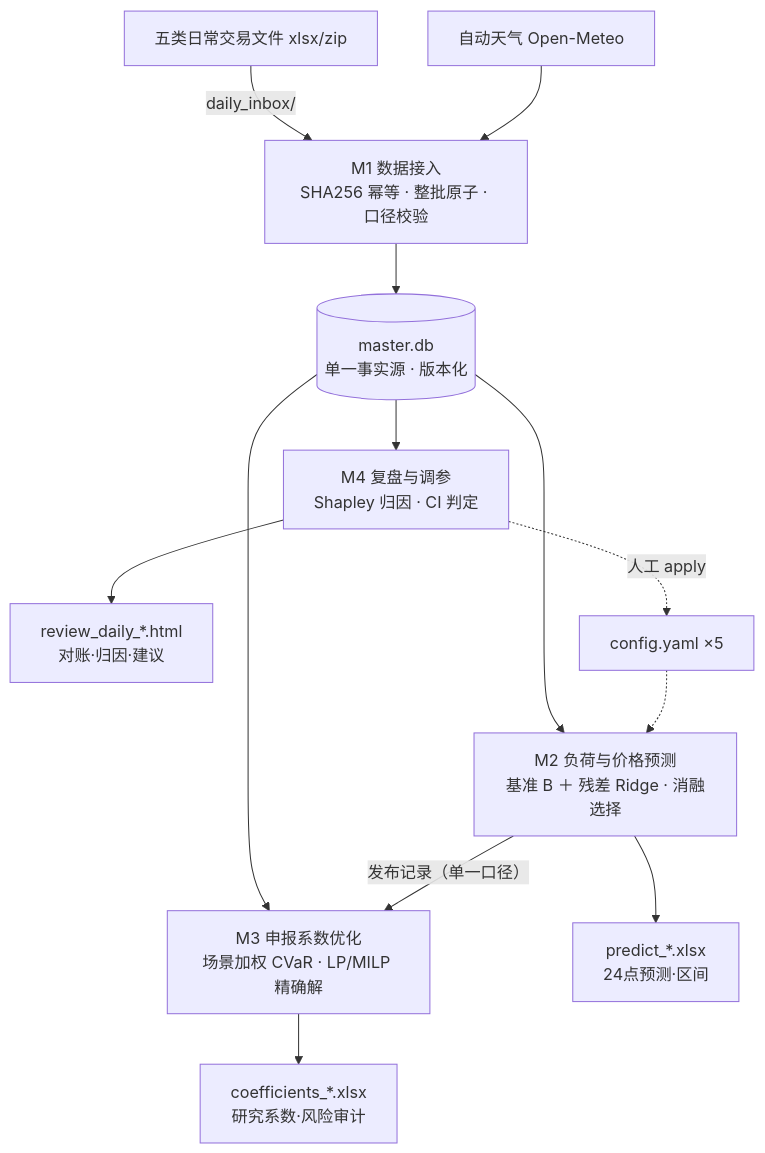
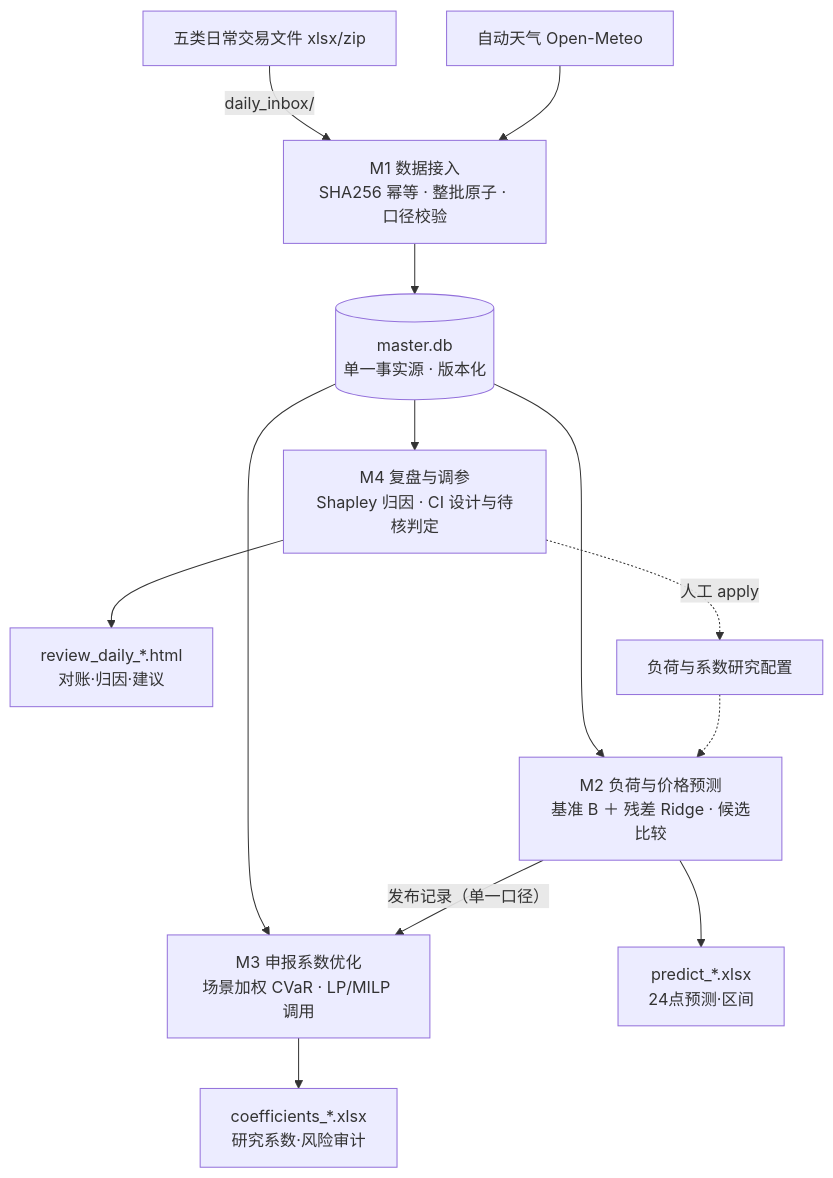
One commit to MultiplyTen/power-trading-suite changed the diagram in README.md. Above: the diagram before and after it, drawn with Mermaid. The commit also changed other lines of this file and 3 other files, not shown here.

````diff
--- a/README.md
+++ b/README.md
@@ -9,15 +16,15 @@
 ```mermaid
 flowchart TB
     S[五类日常交易文件 xlsx/zip] -->|daily_inbox/| M1
     W[自动天气 Open-Meteo] --> M1
     M1[M1 数据接入<br/>SHA256 幂等 · 整批原子 · 口径校验] --> DB[("master.db<br/>单一事实源 · 版本化")]
-    DB --> M2[M2 负荷与价格预测<br/>基准 B ＋ 残差 Ridge · 消融选择]
-    DB --> M3[M3 申报系数优化<br/>场景加权 CVaR · LP/MILP 精确解]
-    DB --> M4[M4 复盘与调参<br/>Shapley 归因 · CI 判定]
+    DB --> M2[M2 负荷与价格预测<br/>基准 B ＋ 残差 Ridge · 候选比较]
+    DB --> M3[M3 申报系数优化<br/>场景加权 CVaR · LP/MILP 调用]
+    DB --> M4[M4 复盘与调参<br/>Shapley 归因 · CI 设计与待核判定]
     M2 -->|发布记录（单一口径）| M3
     M2 --> R2[predict_*.xlsx<br/>24点预测·区间]
     M3 --> R1[coefficients_*.xlsx<br/>研究系数·风险审计]
     M4 --> R3[review_daily_*.html<br/>对账·归因·建议]
-    M4 -.->|人工 apply| CFG[config.yaml ×5]
+    M4 -.->|人工 apply| CFG[负荷与系数研究配置]
     CFG -.-> M2
 ```
````
